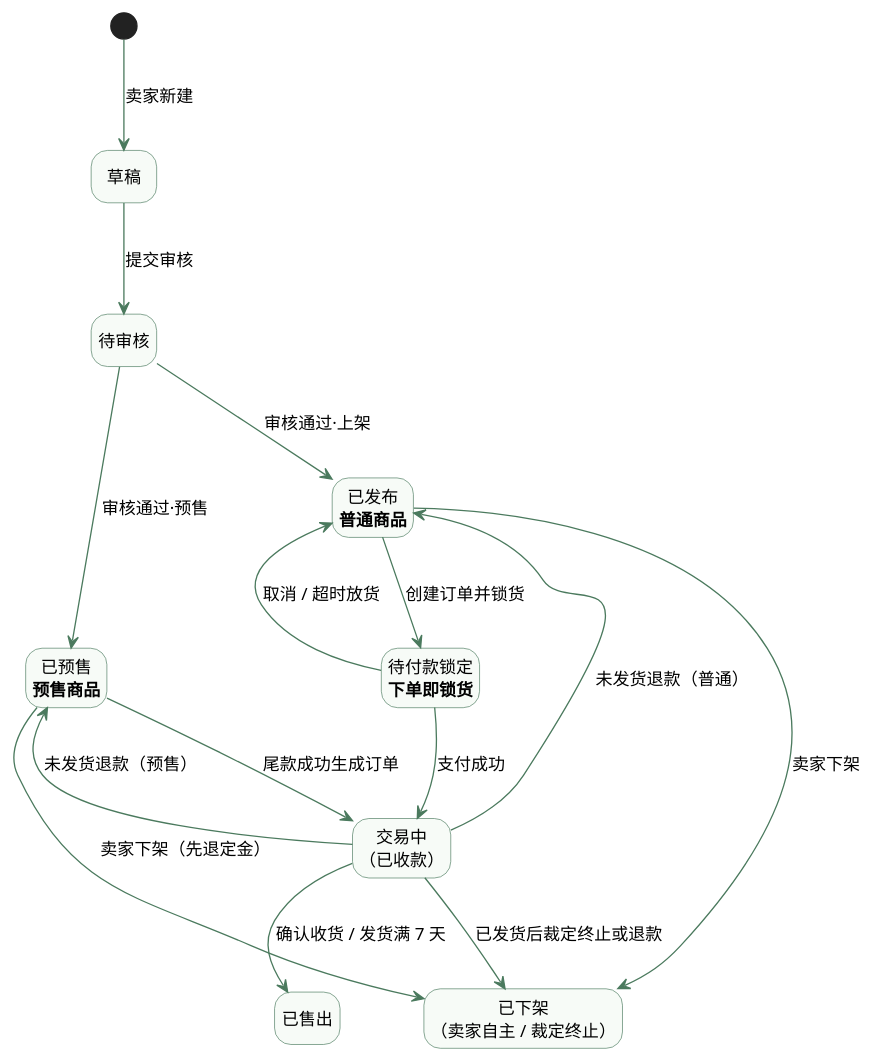
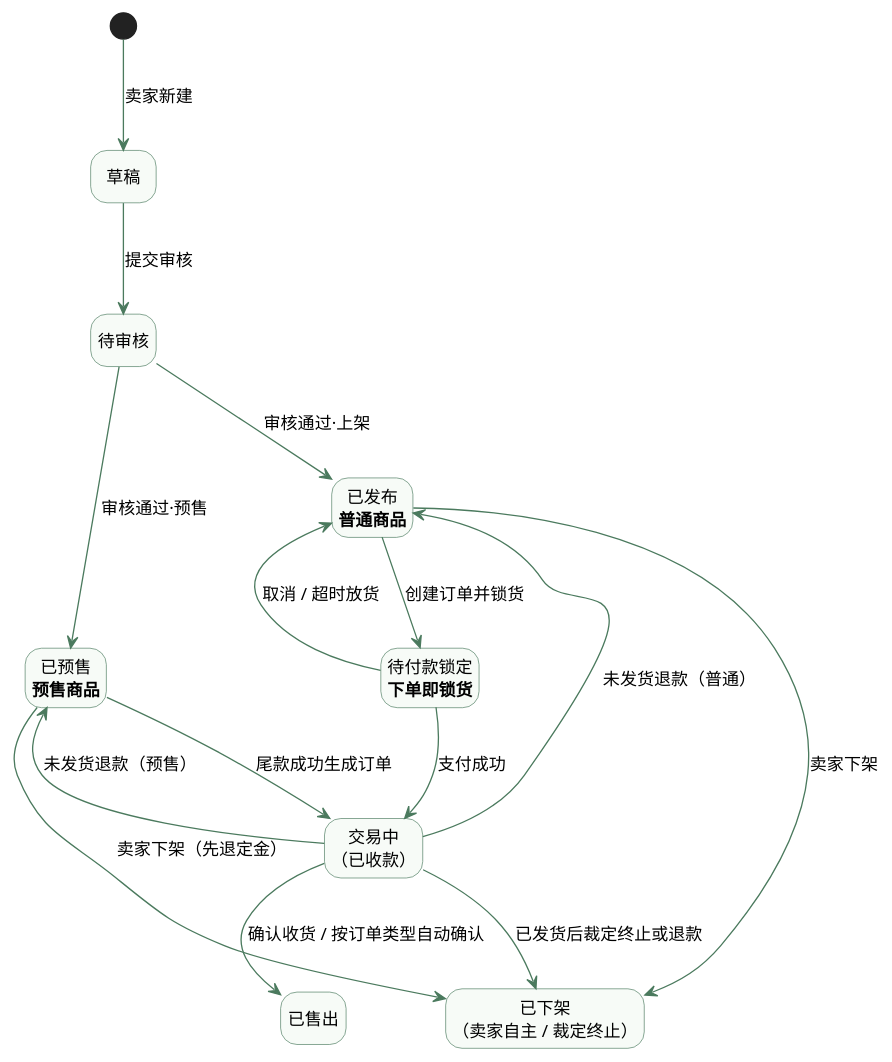
The diagram in lab02/UML/状态图.puml (XuHR233/SE-lab1-requirements), drawn with PlantUML before and after one commit. The commit also changed 17 other files, not shown here.

Commit message:
docs: 补充实验二报告说明并修正图文一致性

```diff
--- a/lab02/UML/状态图.puml
+++ b/lab02/UML/状态图.puml
@@ -1,47 +1,47 @@
 @startuml
 ' 实验二 · 二手交易系统 · 状态图（一）成交主线
 ' 本图 13 条业务转换（不含初始伪状态与隐藏布局线），状态图2 另含 12 条，合计 REQ-010 的 25 条。
 ' 可见性、锁货限制与退款说明放在实验报告 4.3，不在图内堆叠注释。
 skinparam defaultFontName "Microsoft YaHei"
 skinparam defaultFontSize 13
 skinparam shadowing false
 skinparam nodesep 55
 skinparam ranksep 65
 skinparam ArrowColor #4B7A5E
 skinparam state {
   BackgroundColor #F7FBF7
   BorderColor #4B7A5E
   FontSize 13
 }
 hide empty description
 
 state "草稿" as S1
 state "待审核" as S2
 state "已发布\n<b>普通商品</b>" as S4
 state "已预售\n<b>预售商品</b>" as S5
 state "待付款锁定\n<b>下单即锁货</b>" as SLOCK
 state "交易中\n（已收款）" as S6
 state "已售出" as S7
 state "已下架\n（卖家自主 / 裁定终止）" as S8
 
 [*] --> S1 : 卖家新建
 S1 --> S2 : 提交审核
 S2 -down-> S4 : 审核通过·上架
 S2 -down-> S5 : 审核通过·预售
 S4 -[hidden]right-> S5
 
 S4 -down-> SLOCK : 创建订单并锁货
 SLOCK -down-> S6 : 支付成功
 S5 -down-> S6 : 尾款成功生成订单
-S6 -down-> S7 : 确认收货 / 发货满 7 天
+S6 -down-> S7 : 确认收货 / 按订单类型自动确认
 
 SLOCK -up-> S4 : 取消 / 超时放货
 S6 -up-> S4 : 未发货退款（普通）
 S6 -up-> S5 : 未发货退款（预售）
 
 S4 -down-> S8 : 卖家下架
 S5 -down-> S8 : 卖家下架（先退定金）
 S6 -down-> S8 : 已发货后裁定终止或退款
 S7 -[hidden]right-> S8
 
 @enduml
```
